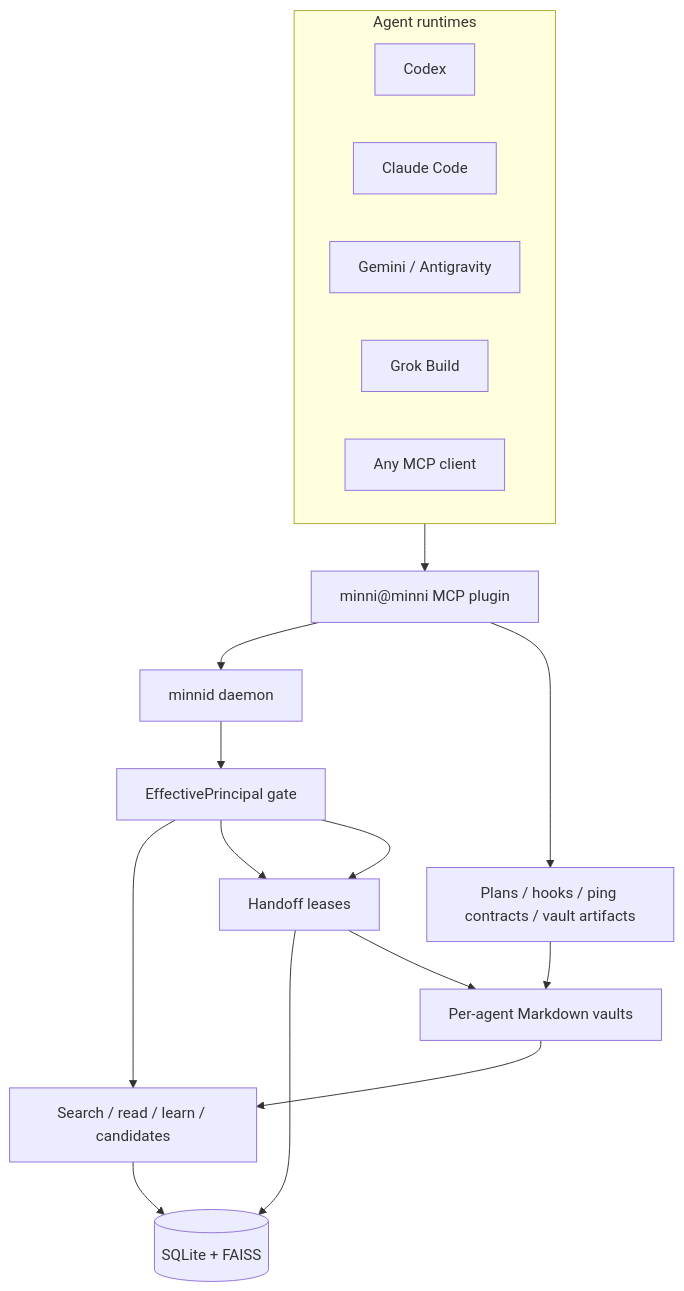
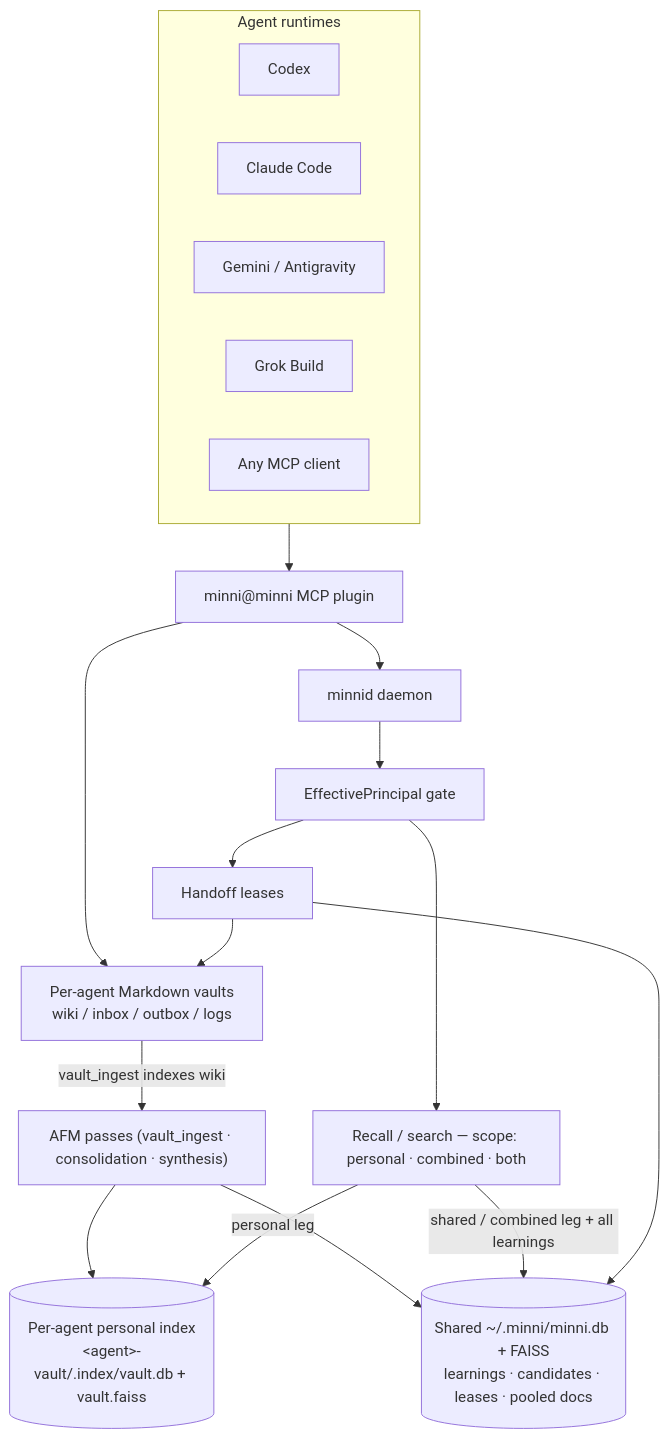
One commit to infektyd/minni changed the diagram in README.md. Above: the diagram before and after it, drawn with Mermaid. The commit also changed other lines of this file, not shown here.

````diff
--- a/README.md
+++ b/README.md
@@ -12,27 +85,34 @@
 ```mermaid
 flowchart TD
     subgraph Runtimes["Agent runtimes"]
       Codex["Codex"]
       Claude["Claude Code"]
       Gemini["Gemini / Antigravity"]
       Grok["Grok Build"]
       Other["Any MCP client"]
     end
 
     Plugin["minni@minni MCP plugin"]
     Daemon["minnid daemon"]
     Gate["EffectivePrincipal gate"]
-    Retrieval["Search / read / learn / candidates"]
-    Artifacts["Plans / hooks / ping contracts / vault artifacts"]
+    Retrieval["Recall / search — scope: personal · combined · both"]
     Handoff["Handoff leases"]
-    Storage[("SQLite + FAISS")]
-    Vaults["Per-agent Markdown vaults"]
 
-    Runtimes --> Plugin
-    Plugin --> Daemon --> Gate
-    Gate --> Retrieval --> Storage
-    Gate --> Handoff --> Storage
-    Gate --> Handoff --> Vaults
-    Plugin --> Artifacts --> Vaults
-    Vaults --> Retrieval
+    Vaults["Per-agent Markdown vaults<br/>wiki / inbox / outbox / logs"]
+    AFM["AFM passes (vault_ingest · consolidation · synthesis)"]
+    Personal[("Per-agent personal index<br/>&lt;agent&gt;-vault/.index/vault.db + vault.faiss")]
+    Shared[("Shared ~/.minni/minni.db + FAISS<br/>learnings · candidates · leases · pooled docs")]
+
+    Runtimes --> Plugin --> Daemon --> Gate
+    Plugin --> Vaults
+    Vaults -->|vault_ingest indexes wiki| AFM
+    AFM --> Personal
+    AFM --> Shared
+
+    Gate --> Retrieval
+    Gate --> Handoff
+    Retrieval -->|personal leg| Personal
+    Retrieval -->|shared / combined leg + all learnings| Shared
+    Handoff --> Shared
+    Handoff --> Vaults
 ```
````
